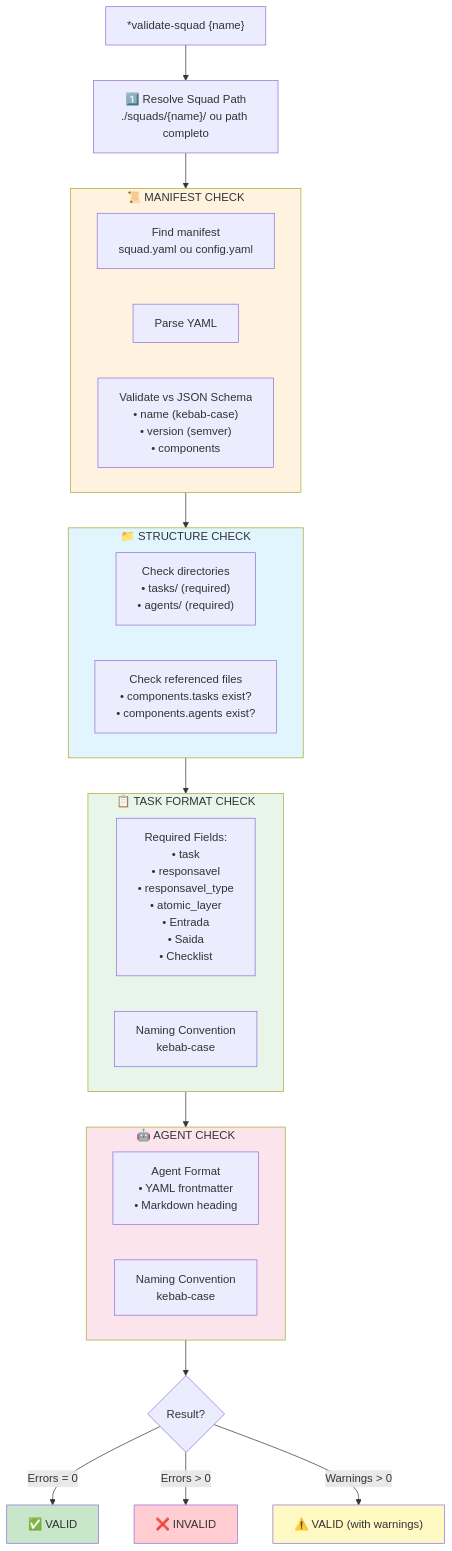
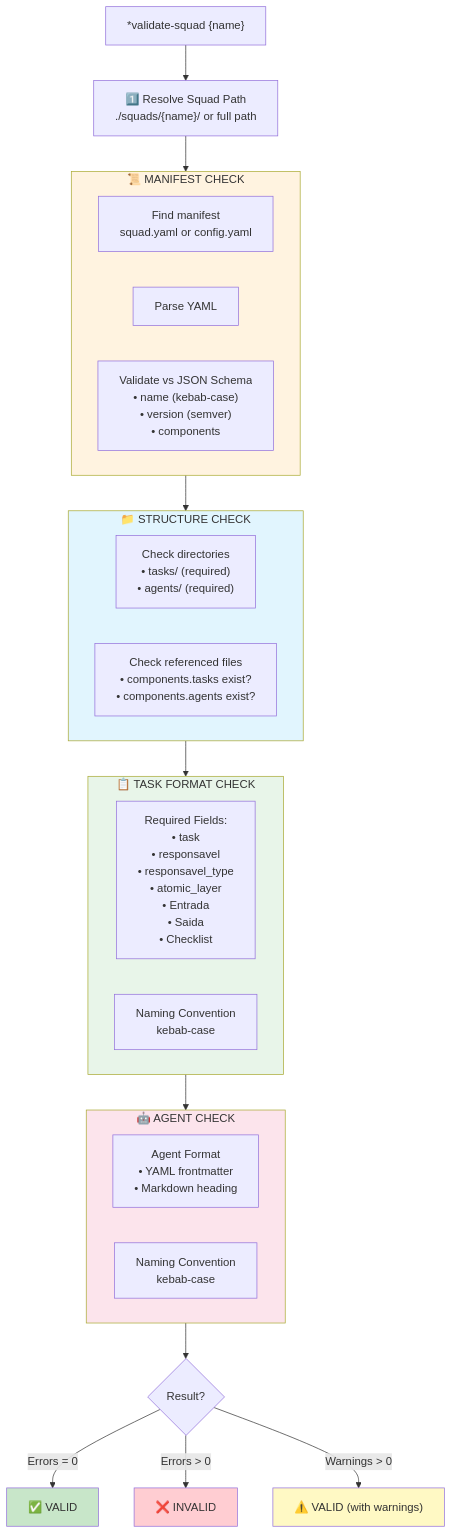
One commit to CyryxLabs/AEXOS changed the fourth of 6 diagrams in docs/guides/agents/SQUAD-CREATOR-SYSTEM.md. Above: the diagram before and after it, drawn with Mermaid. The commit also changed other lines of this file and 528 other files, not shown here.

````diff
--- a/docs/guides/agents/SQUAD-CREATOR-SYSTEM.md
+++ b/docs/guides/agents/SQUAD-CREATOR-SYSTEM.md
@@ -273,49 +273,49 @@
 ```mermaid
 flowchart TB
     START["*validate-squad {name}"]
 
-    START --> RESOLVE["1️⃣ Resolve Squad Path<br/>./squads/{name}/ ou path completo"]
+    START --> RESOLVE["1️⃣ Resolve Squad Path<br/>./squads/{name}/ or full path"]
 
     RESOLVE --> MANIFEST["2️⃣ Manifest Validation"]
 
     subgraph MANIFEST["📜 MANIFEST CHECK"]
-        FIND["Find manifest<br/>squad.yaml ou config.yaml"]
+        FIND["Find manifest<br/>squad.yaml or config.yaml"]
         PARSE["Parse YAML"]
         SCHEMA["Validate vs JSON Schema<br/>• name (kebab-case)<br/>• version (semver)<br/>• components"]
     end
 
     MANIFEST --> STRUCTURE["3️⃣ Structure Validation"]
 
     subgraph STRUCTURE["📁 STRUCTURE CHECK"]
         DIRS["Check directories<br/>• tasks/ (required)<br/>• agents/ (required)"]
         FILES["Check referenced files<br/>• components.tasks exist?<br/>• components.agents exist?"]
     end
 
     STRUCTURE --> TASKS_V["4️⃣ Task Validation"]
 
     subgraph TASKS_V["📋 TASK FORMAT CHECK"]
         T_FIELDS["Required Fields:<br/>• task<br/>• responsavel<br/>• responsavel_type<br/>• atomic_layer<br/>• Entrada<br/>• Saida<br/>• Checklist"]
         T_NAMING["Naming Convention<br/>kebab-case"]
     end
 
     TASKS_V --> AGENTS_V["5️⃣ Agent Validation"]
 
     subgraph AGENTS_V["🤖 AGENT CHECK"]
         A_FORMAT["Agent Format<br/>• YAML frontmatter<br/>• Markdown heading"]
         A_NAMING["Naming Convention<br/>kebab-case"]
     end
 
     AGENTS_V --> RESULT{"Result?"}
 
     RESULT -->|"Errors = 0"| VALID["✅ VALID"]
     RESULT -->|"Errors > 0"| INVALID["❌ INVALID"]
     RESULT -->|"Warnings > 0"| WARNINGS["⚠️ VALID (with warnings)"]
 
     style MANIFEST fill:#fff3e0
     style STRUCTURE fill:#e1f5fe
     style TASKS_V fill:#e8f5e9
     style AGENTS_V fill:#fce4ec
     style VALID fill:#c8e6c9
     style INVALID fill:#ffcdd2
     style WARNINGS fill:#fff9c4
 ```
````
